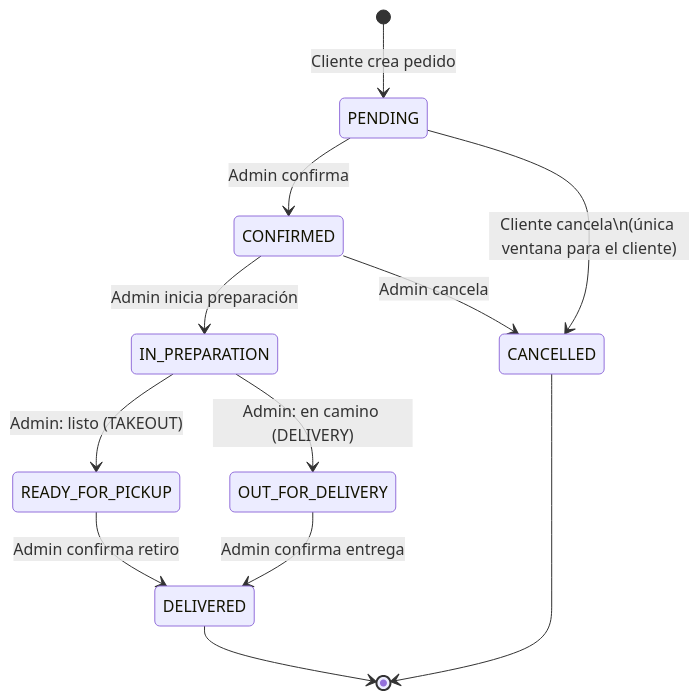
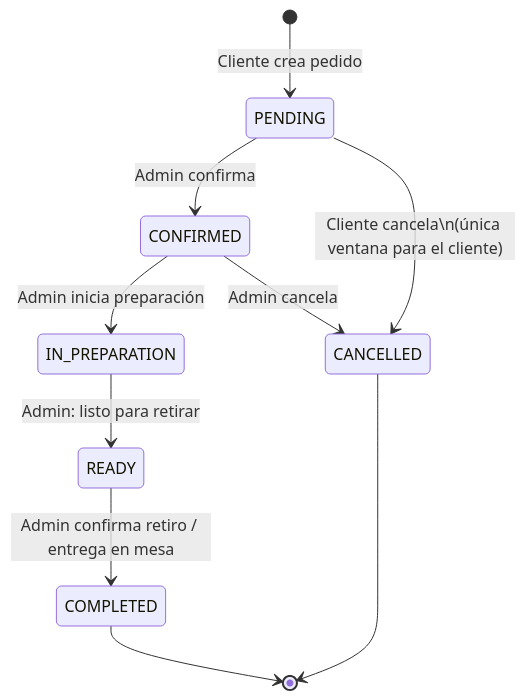
One commit to MateoBD/Abricot-be changed the seventh of 7 diagrams in abricot_proposal.md. Above: the diagram before and after it, drawn with Mermaid. The commit also changed other lines of this file and 1 other file, not shown here.

````diff
--- a/abricot_proposal.md
+++ b/abricot_proposal.md
@@ -1223,14 +1379,12 @@
 ```mermaid
 stateDiagram-v2
     [*] --> PENDING : Cliente crea pedido
     PENDING --> CONFIRMED : Admin confirma
     PENDING --> CANCELLED : Cliente cancela\n(única ventana para el cliente)
     CONFIRMED --> IN_PREPARATION : Admin inicia preparación
     CONFIRMED --> CANCELLED : Admin cancela
-    IN_PREPARATION --> READY_FOR_PICKUP : Admin: listo (TAKEOUT)
-    IN_PREPARATION --> OUT_FOR_DELIVERY : Admin: en camino (DELIVERY)
-    READY_FOR_PICKUP --> DELIVERED : Admin confirma retiro
-    OUT_FOR_DELIVERY --> DELIVERED : Admin confirma entrega
-    DELIVERED --> [*]
+    IN_PREPARATION --> READY : Admin: listo para retirar
+    READY --> COMPLETED : Admin confirma retiro / entrega en mesa
+    COMPLETED --> [*]
     CANCELLED --> [*]
 ```
````
